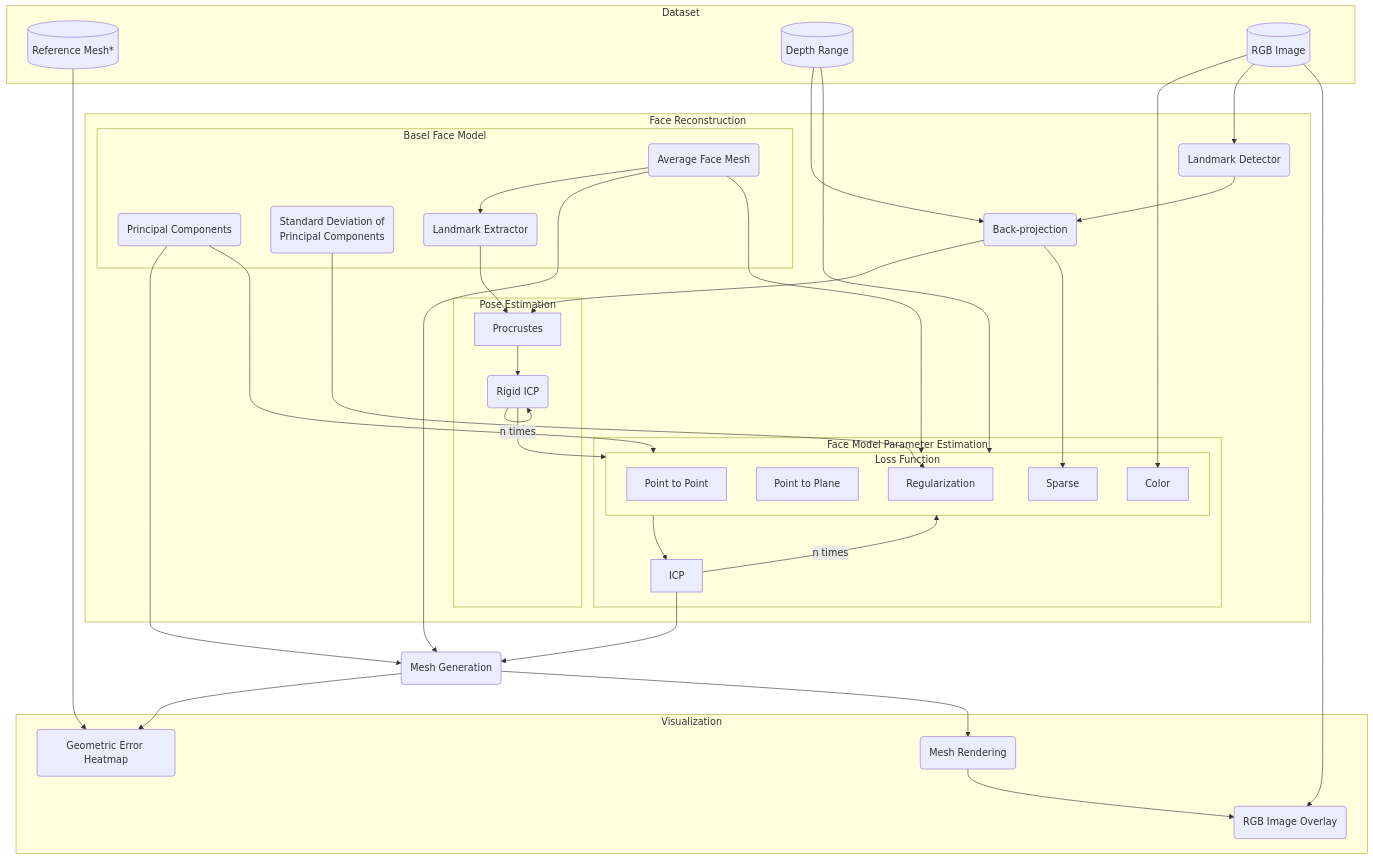
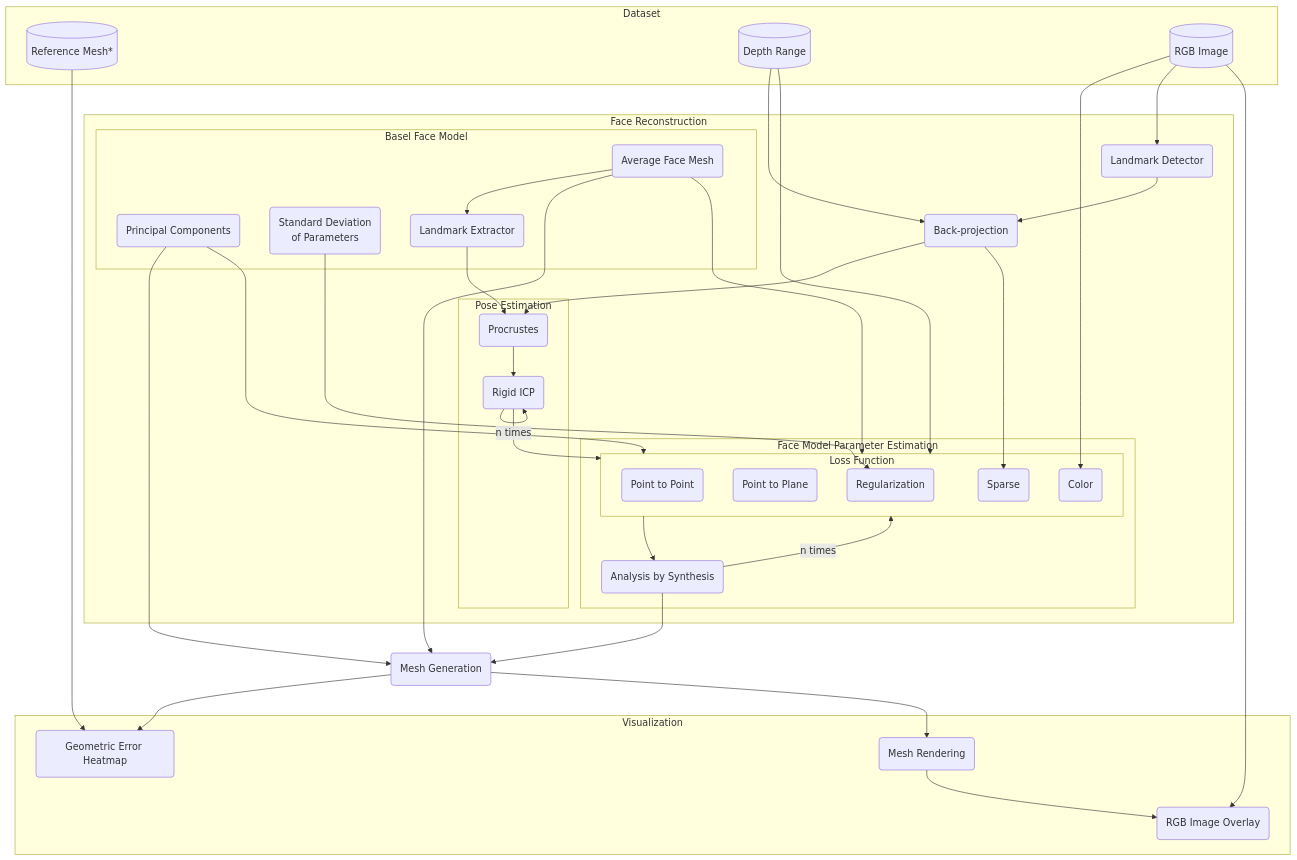
Before and after one commit to Ryoto-Kato/FaceReconstructionProject-Cpp: the first of 2 diagrams in design.md, drawn with Mermaid. The commit also changed other lines of this file and 1 other file, not shown here.

Commit message:
updates form common session

````diff
--- a/design.md
+++ b/design.md
@@ -4,57 +4,57 @@
 ```mermaid
     flowchart TB
         subgraph "Dataset"
             Ref[(Reference Mesh*)]
             Depth[(Depth Range)]
             RGB[(RGB Image)]
         end
         subgraph FR["Face Reconstruction"]
             subgraph Fit["Face Model Parameter Estimation"]
                 subgraph Loss["Loss Function"]
-                    Point["Point to Point"]
-                    Plane["Point to Plane"]
-                    Color
-                    Sparse
-                    Reg["Regularization"]
+                    Point("Point to Point")
+                    Plane("Point to Plane")
+                    Color("Color")
+                    Sparse("Sparse")
+                    Reg("Regularization")
                 end
                 Depth-->Loss
                 RGB-->Color
-                Loss --> ICP
-                ICP --"n times"--> Loss
+                Loss --> AbS("Analysis by Synthesis")
+                AbS --"n times"--> Loss
             end
             RGB
             --> LD("Landmark Detector")
             --> BP("Back-projection")
-            --> Procrustes
+            --> Procrustes("Procrustes")
             Depth --> BP
             BP --> Sparse
             subgraph PE["Pose Estimation"]
                     Procrustes
                     --> rICP("Rigid ICP")
                     --"n times"--> rICP
                     --> Loss
             end
             subgraph BFM["Basel Face Model"]
                 PC("Principal Components")
                 --> Loss
-                Sigma("Standard Deviation of \n Principal Components")
+                Sigma("Standard Deviation \n of Parameters")
                 --> Reg
                 AF("Average Face Mesh")
                 --> LE("Landmark Extractor")
                 --> Procrustes
                 AF --> Loss
             end
         end
-        ICP --> MeshGen("Mesh Generation")
+        AbS --> MeshGen("Mesh Generation")
         PC --> MeshGen
         AF --> MeshGen
         MeshGen --> GEO
         MeshGen --> Rendering
         subgraph Visualization
             GEO("Geometric Error Heatmap")
             Ref --> GEO
             Rendering("Mesh Rendering")
             --> Overlay("RGB Image Overlay")
             RGB --> Overlay
         end
 ```
````
